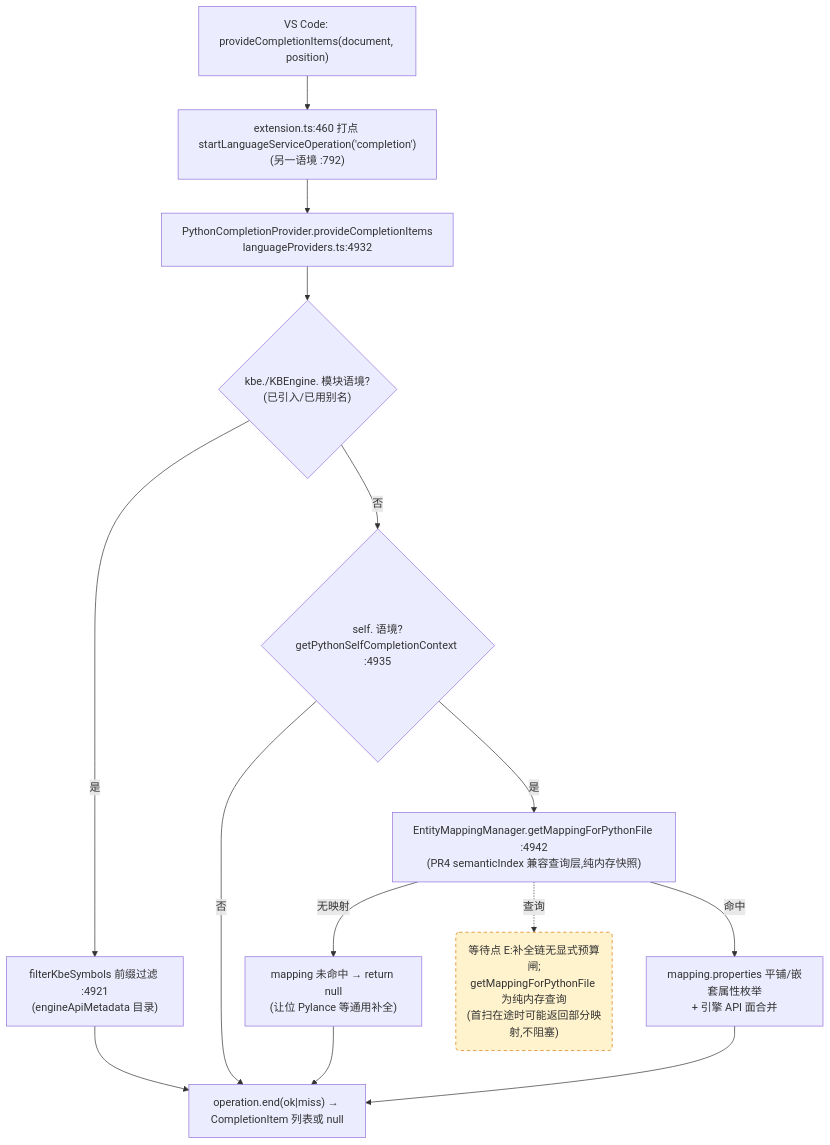
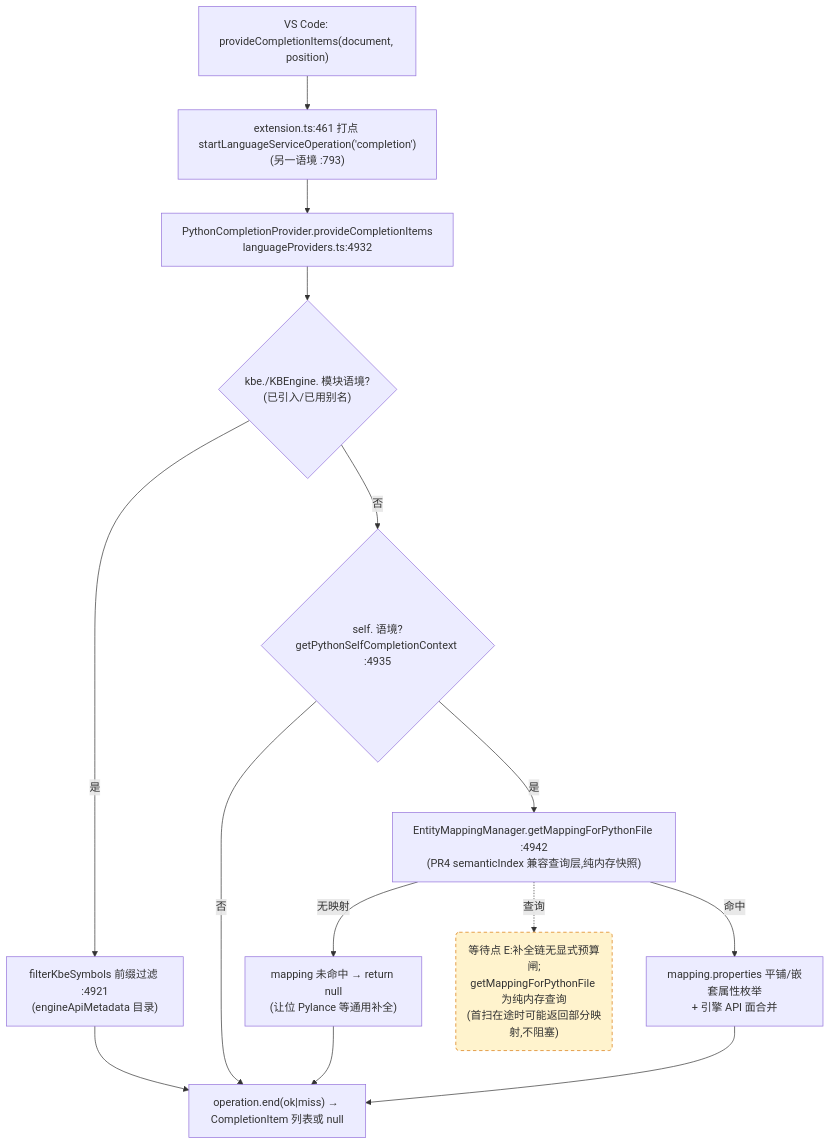
Before and after one commit to cuihairu/kode: the third of 4 diagrams in docs/perf/2026-baseline.md, drawn with Mermaid. The commit also changed other lines of this file and 6 other files, not shown here.

````diff
--- a/docs/perf/2026-baseline.md
+++ b/docs/perf/2026-baseline.md
@@ -184,27 +184,27 @@
 ```mermaid
 flowchart TD
   VC3["VS Code: provideCompletionItems(document, position)"]
-  M3["extension.ts:460 打点 startLanguageServiceOperation('completion')<br/>(另一语境 :792)"]
+  M3["extension.ts:461 打点 startLanguageServiceOperation('completion')<br/>(另一语境 :793)"]
   CP["PythonCompletionProvider.provideCompletionItems<br/>languageProviders.ts:4932"]
   KBEC{"kbe./KBEngine. 模块语境?<br/>(已引入/已用别名)"}
   FILTER["filterKbeSymbols 前缀过滤 :4921<br/>(engineApiMetadata 目录)"]
   SELFC{"self. 语境?<br/>getPythonSelfCompletionContext :4935"}
   MAP["EntityMappingManager.getMappingForPythonFile :4942<br/>(PR4 semanticIndex 兼容查询层,纯内存快照)"]
   NOMAP["mapping 未命中 → return null<br/>(让位 Pylance 等通用补全)"]
   PROPS["mapping.properties 平铺/嵌套属性枚举<br/>+ 引擎 API 面合并"]
   END3["operation.end(ok|miss) → CompletionItem 列表或 null"]
 
   VC3 --> M3 --> CP --> KBEC
   KBEC -- "是" --> FILTER --> END3
   KBEC -- "否" --> SELFC
   SELFC -- "否" --> END3
   SELFC -- "是" --> MAP
   MAP -- "无映射" --> NOMAP --> END3
   MAP -- "命中" --> PROPS --> END3
 
   WAITE("等待点 E:补全链无显式预算闸;<br/>getMappingForPythonFile 为纯内存查询<br/>(首扫在途时可能返回部分映射,不阻塞)")
   MAP -.->|查询| WAITE
 
   classDef waitPoint fill:#fff3cd,stroke:#d97706,stroke-dasharray:5 4;
   class WAITE waitPoint;
 ```
````
